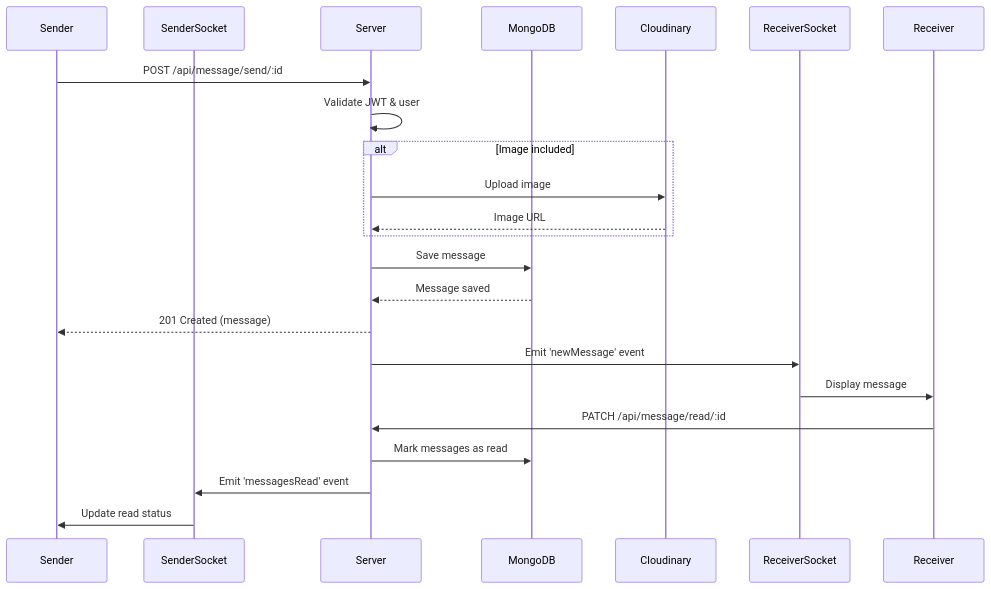
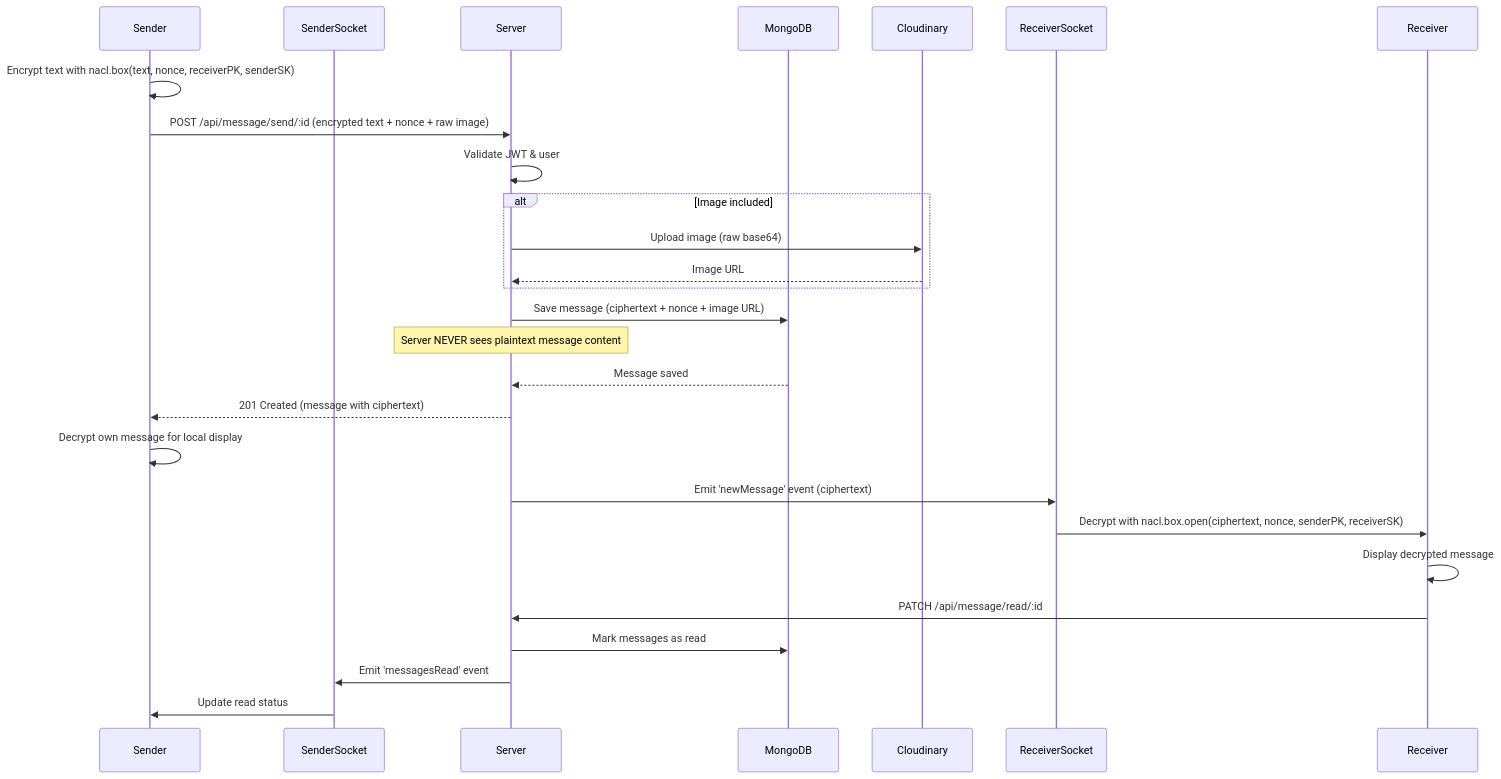
One commit to rudra1806/relay changed the fourth of 6 diagrams in README.md. Above: the diagram before and after it, drawn with Mermaid. The commit also changed other lines of this file and 29 other files, not shown here.

````diff
--- a/README.md
+++ b/README.md
@@ -283,26 +356,30 @@
 ```mermaid
 sequenceDiagram
     participant Sender
     participant SenderSocket
     participant Server
     participant MongoDB
     participant Cloudinary
     participant ReceiverSocket
     participant Receiver
 
-    Sender->>Server: POST /api/message/send/:id
+    Sender->>Sender: Encrypt text with nacl.box(text, nonce, receiverPK, senderSK)
+    Sender->>Server: POST /api/message/send/:id (encrypted text + nonce + raw image)
     Server->>Server: Validate JWT & user
     alt Image included
-        Server->>Cloudinary: Upload image
+        Server->>Cloudinary: Upload image (raw base64)
         Cloudinary-->>Server: Image URL
     end
-    Server->>MongoDB: Save message
+    Server->>MongoDB: Save message (ciphertext + nonce + image URL)
+    Note over Server: Server NEVER sees plaintext message content
     MongoDB-->>Server: Message saved
-    Server-->>Sender: 201 Created (message)
-    Server->>ReceiverSocket: Emit 'newMessage' event
-    ReceiverSocket->>Receiver: Display message
+    Server-->>Sender: 201 Created (message with ciphertext)
+    Sender->>Sender: Decrypt own message for local display
+    Server->>ReceiverSocket: Emit 'newMessage' event (ciphertext)
+    ReceiverSocket->>Receiver: Decrypt with nacl.box.open(ciphertext, nonce, senderPK, receiverSK)
+    Receiver->>Receiver: Display decrypted message
     Receiver->>Server: PATCH /api/message/read/:id
     Server->>MongoDB: Mark messages as read
     Server->>SenderSocket: Emit 'messagesRead' event
     SenderSocket->>Sender: Update read status
 ```
````
